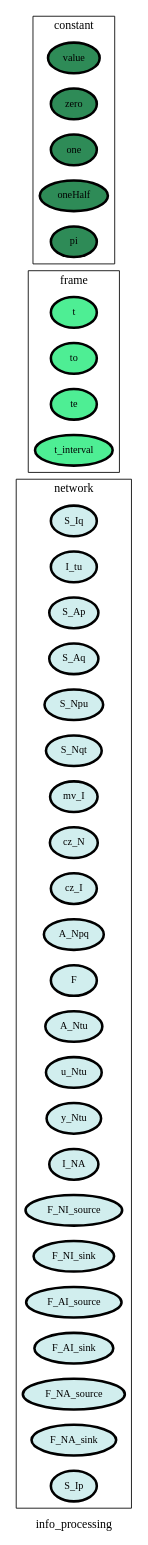
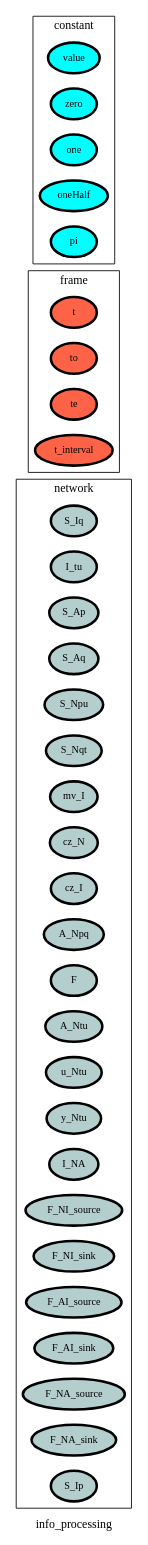
Before and after one commit to heinz-preisig/processes_000_Alberto: the diagram in ontology_graphs/graph__info_processing.dot, drawn with Graphviz. The commit also changed 413 other files, not shown here.

```diff
--- a/ontology_graphs/graph__info_processing.dot
+++ b/ontology_graphs/graph__info_processing.dot
@@ -1,55 +1,55 @@
 digraph info_processing {
 label=info_processing;
 rankdir=LR;
 subgraph cluster_info_processing___network {
 label=network;
 rankdir=LR;
-V_10 [fillcolor=lightcyan2, fontsize=12, label=S_Iq, penwidth=3, style=filled];
-V_11 [fillcolor=lightcyan2, fontsize=12, label=I_tu, penwidth=3, style=filled];
-V_12 [fillcolor=lightcyan2, fontsize=12, label=S_Ap, penwidth=3, style=filled];
-V_13 [fillcolor=lightcyan2, fontsize=12, label=S_Aq, penwidth=3, style=filled];
-V_14 [fillcolor=lightcyan2, fontsize=12, label=S_Npu, penwidth=3, style=filled];
-V_15 [fillcolor=lightcyan2, fontsize=12, label=S_Nqt, penwidth=3, style=filled];
-V_16 [fillcolor=lightcyan2, fontsize=12, label=mv_I, penwidth=3, style=filled];
-V_17 [fillcolor=lightcyan2, fontsize=12, label=cz_N, penwidth=3, style=filled];
-V_18 [fillcolor=lightcyan2, fontsize=12, label=cz_I, penwidth=3, style=filled];
-V_19 [fillcolor=lightcyan2, fontsize=12, label=A_Npq, penwidth=3, style=filled];
-V_2 [fillcolor=lightcyan2, fontsize=12, label=F, penwidth=3, style=filled];
-V_20 [fillcolor=lightcyan2, fontsize=12, label=A_Ntu, penwidth=3, style=filled];
-V_21 [fillcolor=lightcyan2, fontsize=12, label=u_Ntu, penwidth=3, style=filled];
-V_22 [fillcolor=lightcyan2, fontsize=12, label=y_Ntu, penwidth=3, style=filled];
-V_27 [fillcolor=lightcyan2, fontsize=12, label=I_NA, penwidth=3, style=filled];
-V_3 [fillcolor=lightcyan2, fontsize=12, label=F_NI_source, penwidth=3, style=filled];
-V_4 [fillcolor=lightcyan2, fontsize=12, label=F_NI_sink, penwidth=3, style=filled];
-V_5 [fillcolor=lightcyan2, fontsize=12, label=F_AI_source, penwidth=3, style=filled];
-V_6 [fillcolor=lightcyan2, fontsize=12, label=F_AI_sink, penwidth=3, style=filled];
-V_7 [fillcolor=lightcyan2, fontsize=12, label=F_NA_source, penwidth=3, style=filled];
-V_8 [fillcolor=lightcyan2, fontsize=12, label=F_NA_sink, penwidth=3, style=filled];
-V_9 [fillcolor=lightcyan2, fontsize=12, label=S_Ip, penwidth=3, style=filled];
+V_10 [fillcolor=lightcyan3, fontsize=12, label=S_Iq, penwidth=3, style=filled];
+V_11 [fillcolor=lightcyan3, fontsize=12, label=I_tu, penwidth=3, style=filled];
+V_12 [fillcolor=lightcyan3, fontsize=12, label=S_Ap, penwidth=3, style=filled];
+V_13 [fillcolor=lightcyan3, fontsize=12, label=S_Aq, penwidth=3, style=filled];
+V_14 [fillcolor=lightcyan3, fontsize=12, label=S_Npu, penwidth=3, style=filled];
+V_15 [fillcolor=lightcyan3, fontsize=12, label=S_Nqt, penwidth=3, style=filled];
+V_16 [fillcolor=lightcyan3, fontsize=12, label=mv_I, penwidth=3, style=filled];
+V_17 [fillcolor=lightcyan3, fontsize=12, label=cz_N, penwidth=3, style=filled];
+V_18 [fillcolor=lightcyan3, fontsize=12, label=cz_I, penwidth=3, style=filled];
+V_19 [fillcolor=lightcyan3, fontsize=12, label=A_Npq, penwidth=3, style=filled];
+V_2 [fillcolor=lightcyan3, fontsize=12, label=F, penwidth=3, style=filled];
+V_20 [fillcolor=lightcyan3, fontsize=12, label=A_Ntu, penwidth=3, style=filled];
+V_21 [fillcolor=lightcyan3, fontsize=12, label=u_Ntu, penwidth=3, style=filled];
+V_22 [fillcolor=lightcyan3, fontsize=12, label=y_Ntu, penwidth=3, style=filled];
+V_27 [fillcolor=lightcyan3, fontsize=12, label=I_NA, penwidth=3, style=filled];
+V_3 [fillcolor=lightcyan3, fontsize=12, label=F_NI_source, penwidth=3, style=filled];
+V_4 [fillcolor=lightcyan3, fontsize=12, label=F_NI_sink, penwidth=3, style=filled];
+V_5 [fillcolor=lightcyan3, fontsize=12, label=F_AI_source, penwidth=3, style=filled];
+V_6 [fillcolor=lightcyan3, fontsize=12, label=F_AI_sink, penwidth=3, style=filled];
+V_7 [fillcolor=lightcyan3, fontsize=12, label=F_NA_source, penwidth=3, style=filled];
+V_8 [fillcolor=lightcyan3, fontsize=12, label=F_NA_sink, penwidth=3, style=filled];
+V_9 [fillcolor=lightcyan3, fontsize=12, label=S_Ip, penwidth=3, style=filled];
 }
 
 subgraph cluster_info_processing___frame {
 label=frame;
 rankdir=LR;
-V_1 [fillcolor=seagreen2, fontsize=12, label=t, penwidth=3, style=filled];
-V_105 [fillcolor=seagreen2, fontsize=12, label=to, penwidth=3, style=filled];
-V_106 [fillcolor=seagreen2, fontsize=12, label=te, penwidth=3, style=filled];
-V_107 [fillcolor=seagreen2, fontsize=12, label=t_interval, penwidth=3, style=filled];
+V_1 [fillcolor=tomato, fontsize=12, label=t, penwidth=3, style=filled];
+V_105 [fillcolor=tomato, fontsize=12, label=to, penwidth=3, style=filled];
+V_106 [fillcolor=tomato, fontsize=12, label=te, penwidth=3, style=filled];
+V_107 [fillcolor=tomato, fontsize=12, label=t_interval, penwidth=3, style=filled];
 }
 
 subgraph cluster_info_processing___state {
 label=state;
 rankdir=LR;
 }
 
 subgraph cluster_info_processing___constant {
 label=constant;
 rankdir=LR;
-V_101 [fillcolor=seagreen, fontsize=12, label=value, penwidth=3, style=filled];
-V_102 [fillcolor=seagreen, fontsize=12, label=zero, penwidth=3, style=filled];
-V_103 [fillcolor=seagreen, fontsize=12, label=one, penwidth=3, style=filled];
-V_104 [fillcolor=seagreen, fontsize=12, label=oneHalf, penwidth=3, style=filled];
-V_199 [fillcolor=seagreen, fontsize=12, label=pi, penwidth=3, style=filled];
+V_101 [fillcolor=cyan, fontsize=12, label=value, penwidth=3, style=filled];
+V_102 [fillcolor=cyan, fontsize=12, label=zero, penwidth=3, style=filled];
+V_103 [fillcolor=cyan, fontsize=12, label=one, penwidth=3, style=filled];
+V_104 [fillcolor=cyan, fontsize=12, label=oneHalf, penwidth=3, style=filled];
+V_199 [fillcolor=cyan, fontsize=12, label=pi, penwidth=3, style=filled];
 }
 
 }
```
